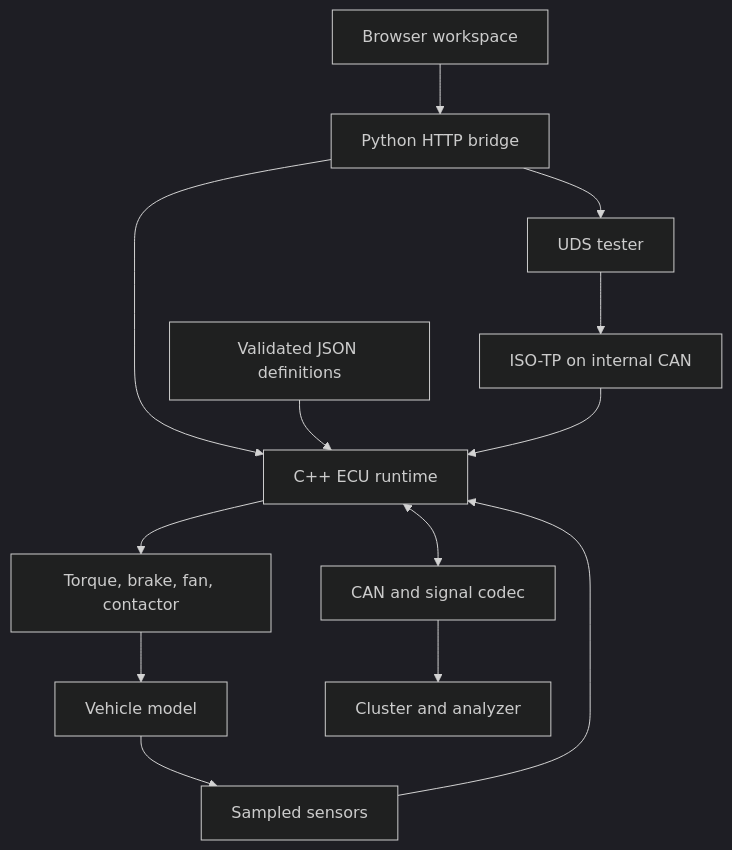
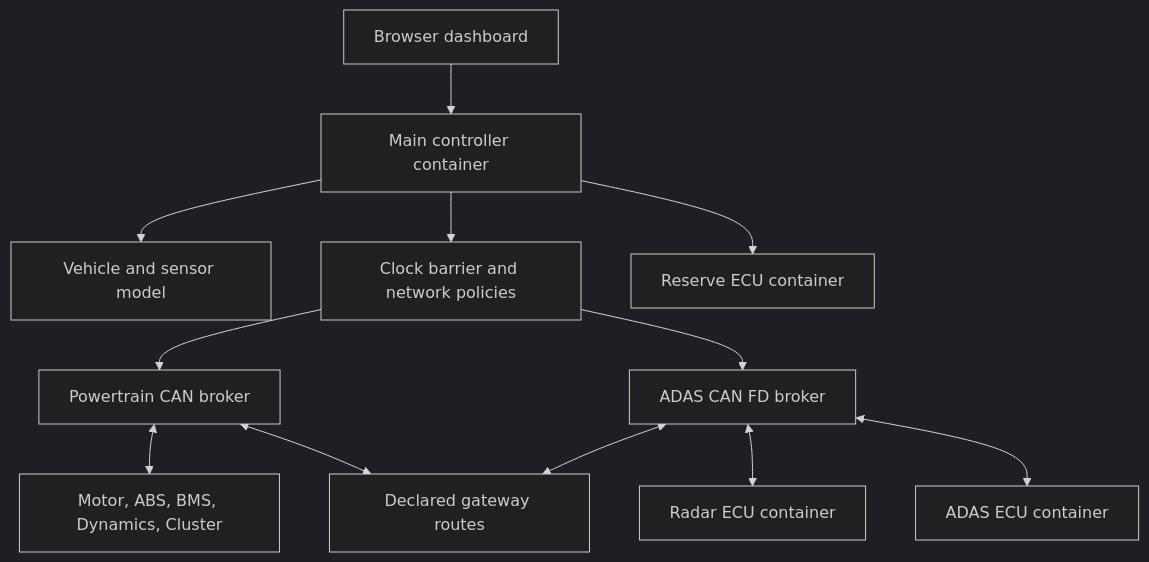
The diagram in README.md (yacine-boujelbenne/Virtual_CAN_Simulator), drawn with Mermaid (dark theme) before and after one commit. The commit also changed other lines of this file and 42 other files, not shown here.

First line of the commit message:
Add distributed ECU kernels, CAN FD and ISO-TP support, and light dashboard

````diff
--- a/README.md
+++ b/README.md
@@ -55,15 +37,14 @@
 ```mermaid
 flowchart TD
-  UI["Browser workspace"] --> API["Python HTTP bridge"]
-  API --> Runtime["C++ ECU runtime"]
-  Definitions["Validated JSON definitions"] --> Runtime
-  Plant["Vehicle model"] --> Sensors["Sampled sensors"]
-  Sensors --> Runtime
-  Runtime --> Actuators["Torque, brake, fan, contactor"]
-  Actuators --> Plant
-  Runtime <--> Bus["CAN and signal codec"]
-  Bus --> Cluster["Cluster and analyzer"]
-  API --> Diag["UDS tester"]
-  Diag --> TP["ISO-TP on internal CAN"]
-  TP --> Runtime
+    User["Browser dashboard"] --> Main["Main controller container"]
+    Main --> Plant["Vehicle and sensor model"]
+    Main --> Plane["Clock barrier and network policies"]
+    Plane --> CAN["Powertrain CAN broker"]
+    Plane --> FD["ADAS CAN FD broker"]
+    CAN <--> Group["Motor, ABS, BMS, Dynamics, Cluster"]
+    FD <--> Radar["Radar ECU container"]
+    FD <--> ADAS["ADAS ECU container"]
+    CAN <--> Gateway["Declared gateway routes"]
+    FD <--> Gateway
+    Main --> Reserve["Reserve ECU container"]
 ```
````
